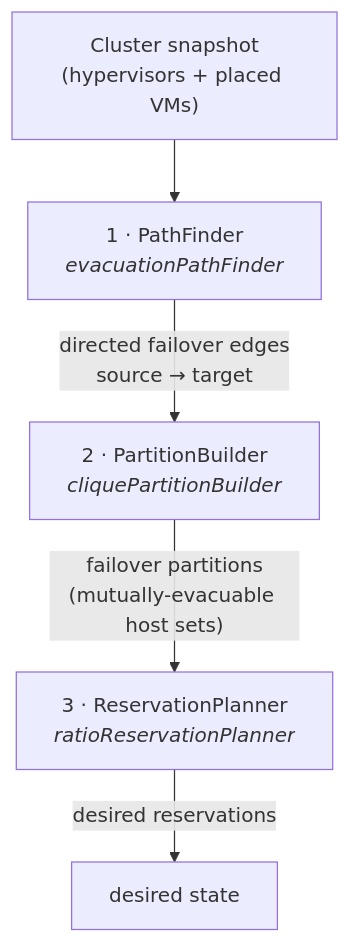
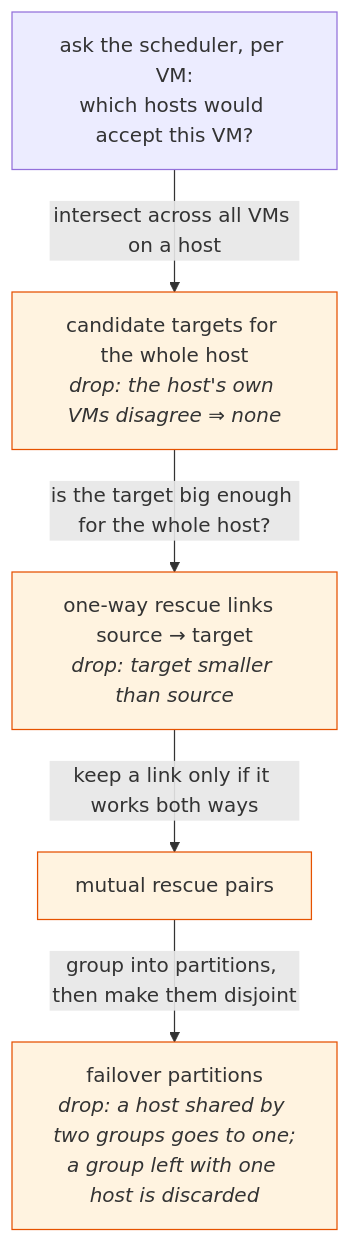
Before and after one commit to cobaltcore-dev/cortex: the third of 10 diagrams in docs/03-reservations-and-inventory/04-failover-host-reservations.md, drawn with Mermaid. The commit also changed other lines of this file, not shown here.

First line of the commit message:
docs(failoverhost): rewrite failover host reservations for human readers

````diff
--- a/docs/03-reservations-and-inventory/04-failover-host-reservations.md
+++ b/docs/03-reservations-and-inventory/04-failover-host-reservations.md
@@ -103,7 +105,12 @@
 ```mermaid
 flowchart TB
-    CLUSTER["Cluster snapshot<br/>(hypervisors + placed VMs)"] --> PF
-    PF["1 · PathFinder<br/><i>evacuationPathFinder</i>"] -->|"directed failover edges<br/>source → target"| PB
-    PB["2 · PartitionBuilder<br/><i>cliquePartitionBuilder</i>"] -->|"failover partitions<br/>(mutually-evacuable host sets)"| RP
-    RP["3 · ReservationPlanner<br/><i>ratioReservationPlanner</i>"] -->|"desired reservations"| OUT["desired state"]
+    A["ask the scheduler, per VM:<br/>which hosts would accept this VM?"]
+    A -->|"intersect across all VMs on a host"| B["candidate targets for the whole host<br/><i>drop: the host's own VMs disagree ⇒ none</i>"]
+    B -->|"is the target big enough for the whole host?"| C["one-way rescue links  source → target<br/><i>drop: target smaller than source</i>"]
+    C -->|"keep a link only if it works both ways"| D["mutual rescue pairs"]
+    D -->|"group into partitions, then make them disjoint"| E["failover partitions<br/><i>drop: a host shared by two groups goes to one;<br/>a group left with one host is discarded</i>"]
+    style B fill:#fff3e0,stroke:#e65100
+    style C fill:#fff3e0,stroke:#e65100
+    style D fill:#fff3e0,stroke:#e65100
+    style E fill:#fff3e0,stroke:#e65100
 ```
````
